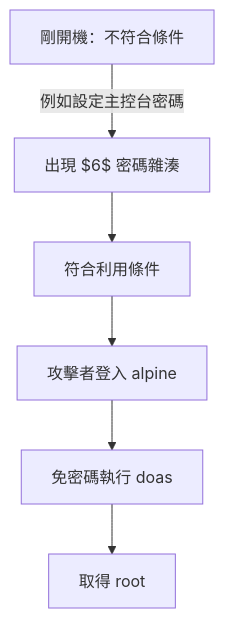
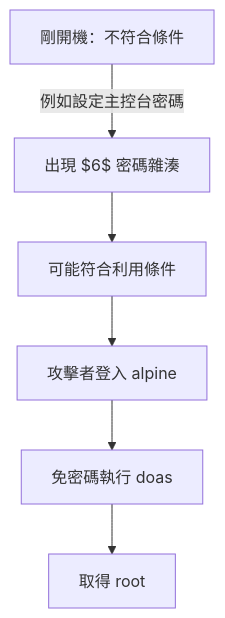
The second of 4 diagrams in _posts/2026-11-07-openssh-musl-password-bypass-alpine.md (justmaocom/justmaocom.github.io), drawn with Mermaid before and after one commit. The commit also changed other lines of this file and 8 other files, not shown here.

````diff
--- a/_posts/2026-11-07-openssh-musl-password-bypass-alpine.md
+++ b/_posts/2026-11-07-openssh-musl-password-bypass-alpine.md
@@ -85,8 +85,8 @@
 ```mermaid
 flowchart TD
   A["剛開機：不符合條件"] -->|例如設定主控台密碼| B["出現 $6$ 密碼雜湊"]
-  B --> C[符合利用條件]
+  B --> C[可能符合利用條件]
   C --> D[攻擊者登入 alpine]
   D --> E[免密碼執行 doas]
   E --> F[取得 root]
 ```
````
